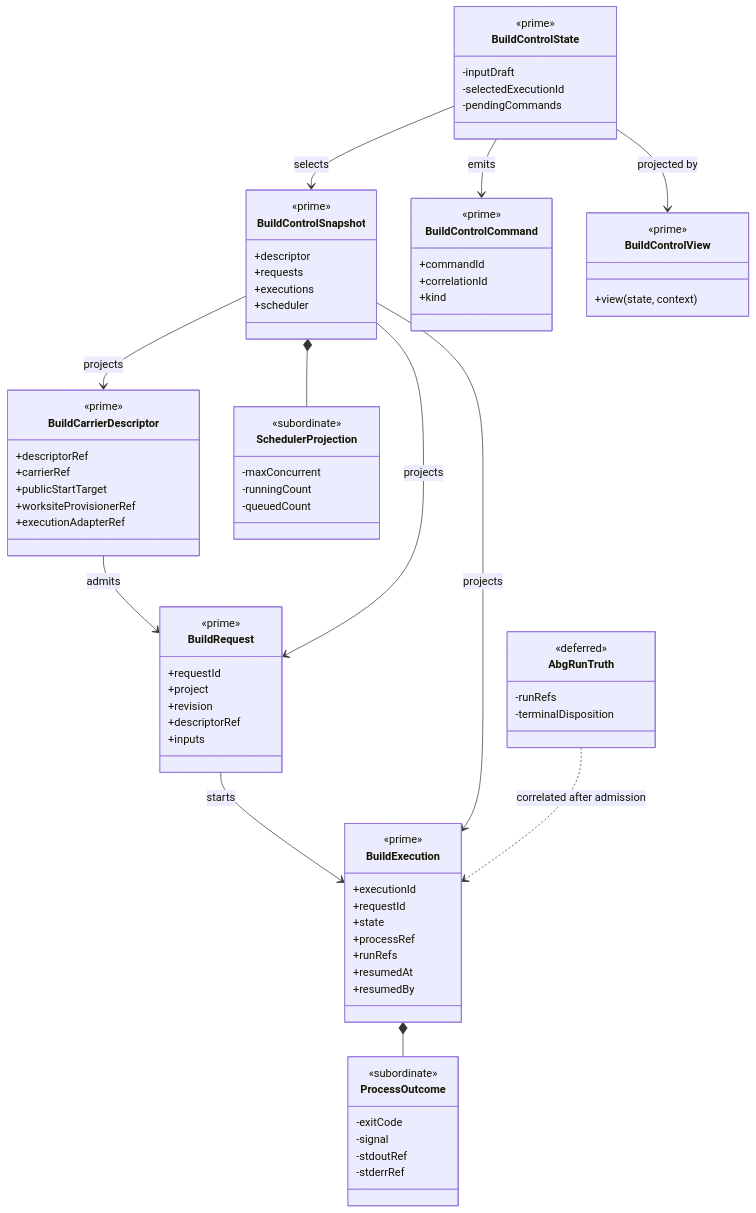
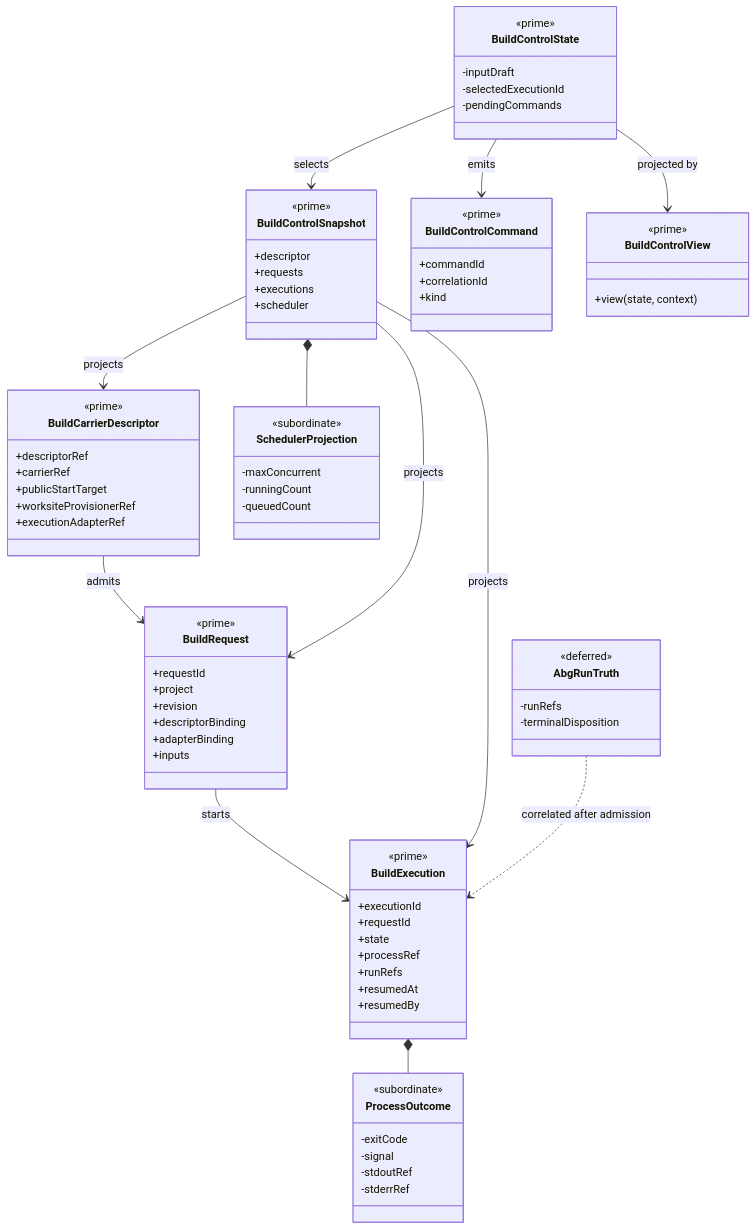
One commit to foolishimp/odd_manager changed the diagram in build_tenants/react_vite/design/capabilities/build-control.md. Above: the diagram before and after it, drawn with Mermaid. The commit also changed other lines of this file and 179 other files, not shown here.

```diff
--- a/build_tenants/react_vite/design/capabilities/build-control.md
+++ b/build_tenants/react_vite/design/capabilities/build-control.md
@@ -56,7 +63,8 @@
     +requestId
     +project
     +revision
-    +descriptorRef
+    +descriptorBinding
+    +adapterBinding
     +inputs
   }
 
```
